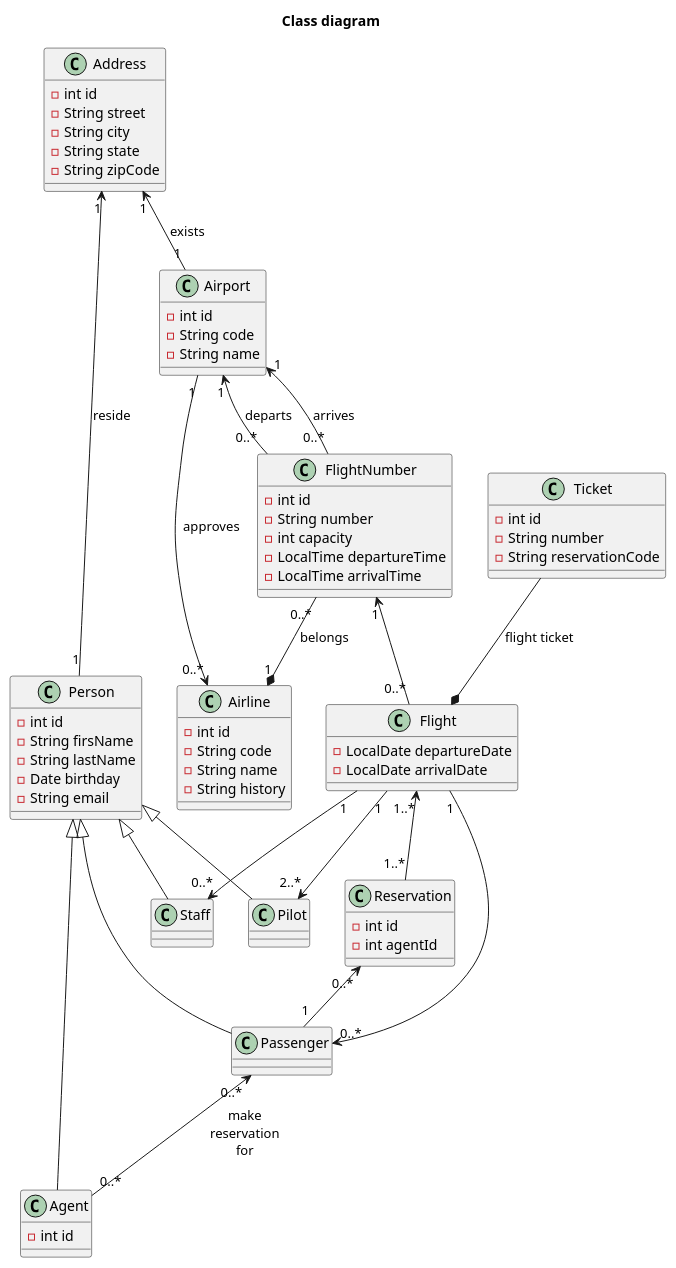
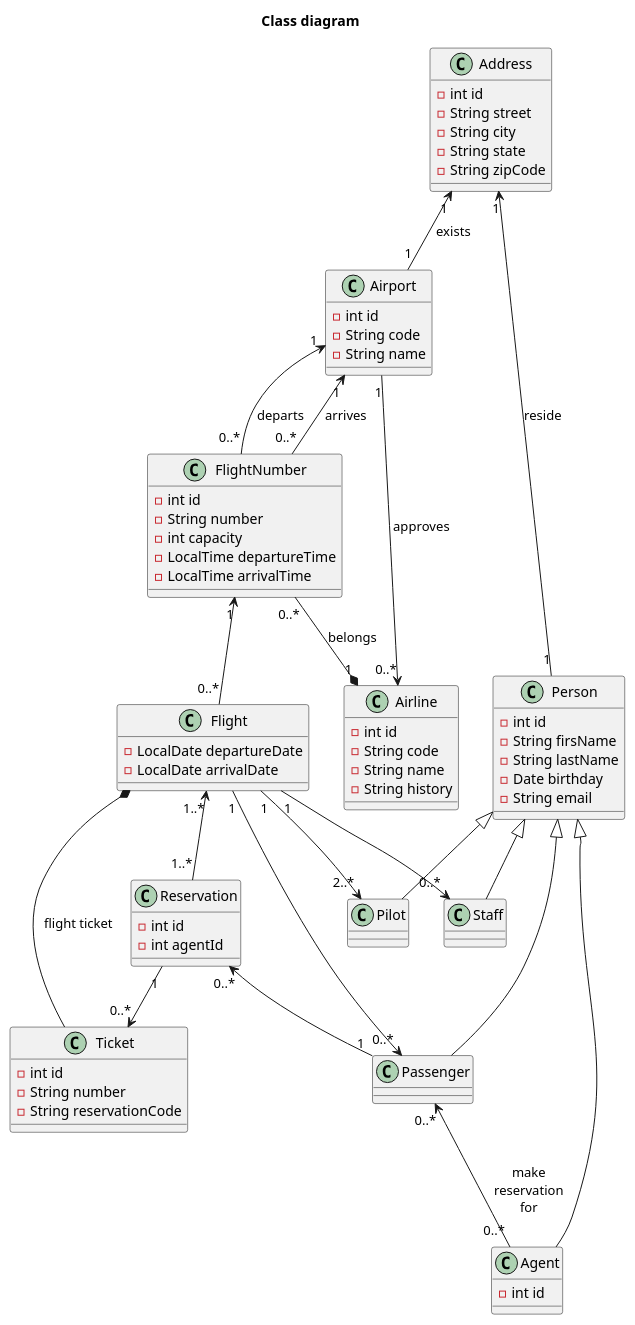
Before and after one commit to Ochirgarid/mpp-project: the diagram in diagrams/plantuml/1-class-diagram.md, drawn with PlantUML. The commit also changed 12 other files, not shown here.

Commit message:
4 sequence diagrams update

```diff
--- a/diagrams/plantuml/1-class-diagram.md
+++ b/diagrams/plantuml/1-class-diagram.md
@@ -84,6 +84,7 @@
 Ticket --* Flight : flight ticket
 Flight "1..*" <-- "1..*" Reservation
 Reservation "0..*" <-- "1" Passenger
+Reservation "1" --> "0..*" Ticket
 
 FlightNumber "1" <-- "0..*" Flight
 Person <|-- Passenger
```
